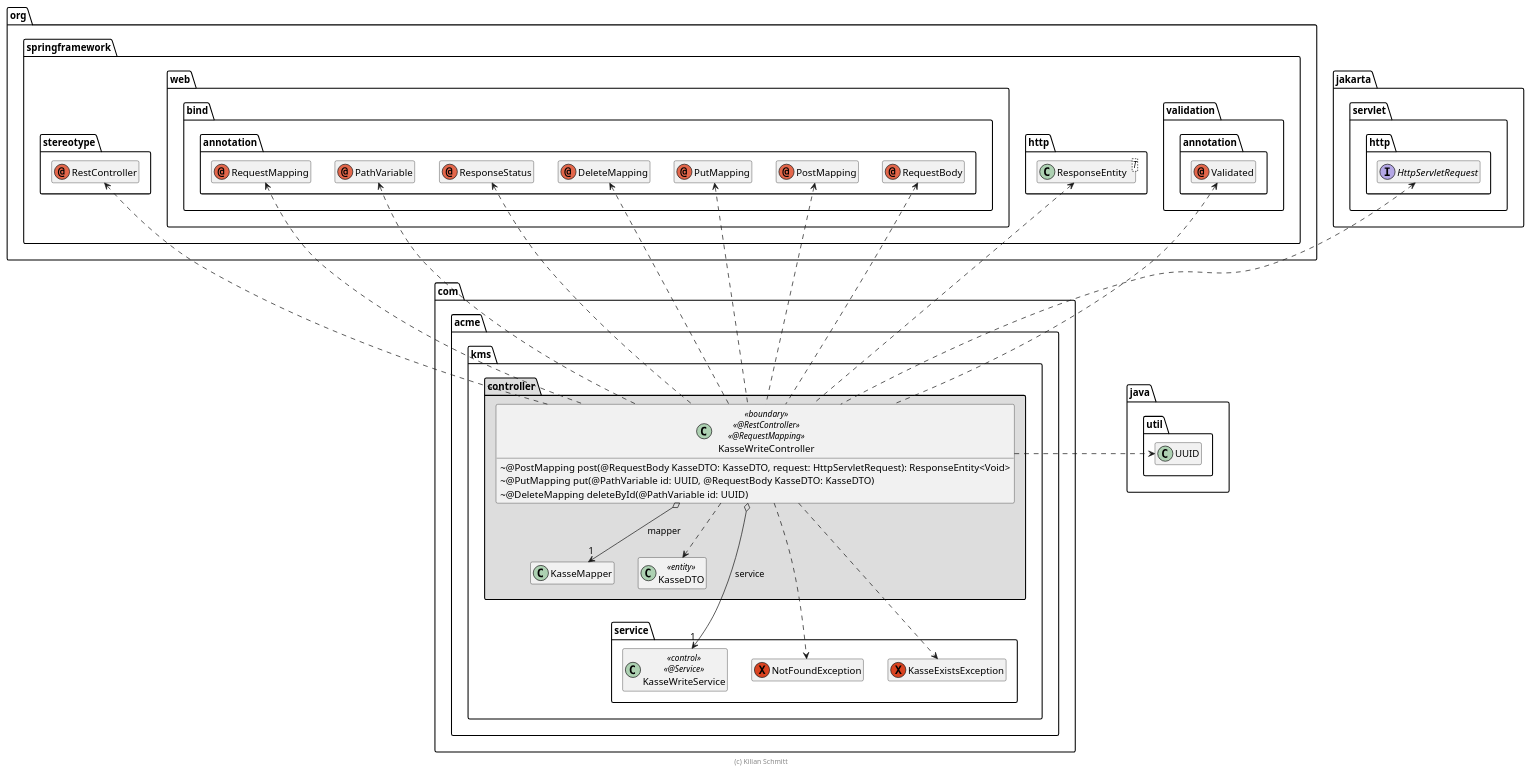
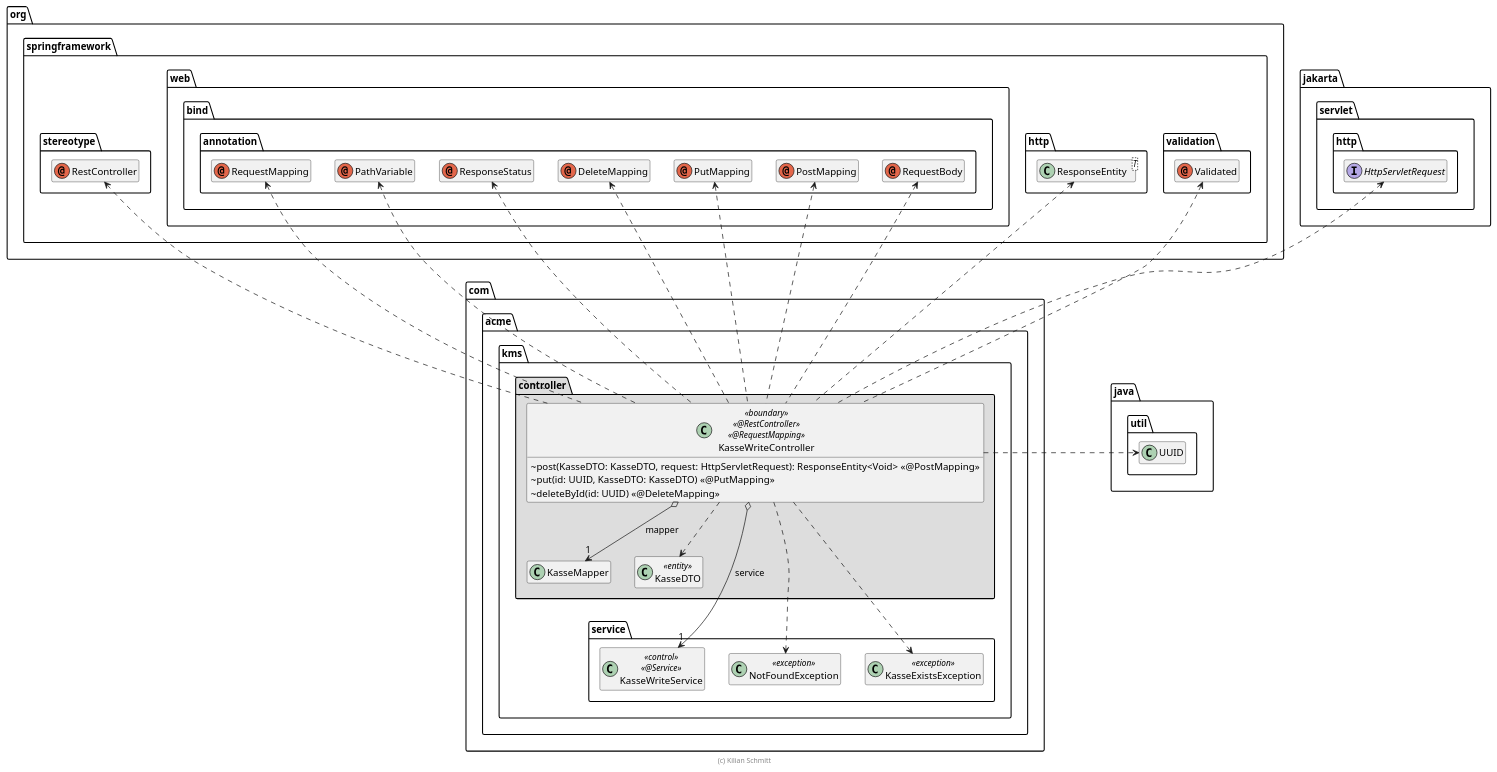
The diagram in extras/doc/KasseWriteController.plantuml (KilianSchmitt/kassen-managment-system), drawn with PlantUML before and after one commit. The commit also changed 16 other files, not shown here.

Commit message:
A1: Javadoc with UML-Diagrams working

```diff
--- a/extras/doc/KasseWriteController.plantuml
+++ b/extras/doc/KasseWriteController.plantuml
@@ -1,89 +1,89 @@
 @startuml KasseWriteController
 skinparam classAttributeIconSize 0
 
 package org.springframework {
     package stereotype {
         annotation RestController
     }
 
     package web {
         package bind {
             package annotation {
                 annotation RequestMapping
                 annotation PathVariable
                 annotation RequestBody
                 annotation PostMapping
                 annotation PutMapping
                 annotation DeleteMapping
                 annotation ResponseStatus
             }
 
             RequestMapping .right[hidden].> PathVariable
             RestController .right[hidden].> PathVariable
         }
     }
 
     package http {
-        class ResponseEntity<T>
+        class "ResponseEntity<T>" as ResponseEntity
     }
 
-    package validation.annotation {
+    package validation {
         annotation Validated
     }
 }
 
 package jakarta.servlet.http {
     interface HttpServletRequest
 }
 
 package java.util {
     class UUID
 
     UUID .up[hidden].> HttpServletRequest
 }
 
 package com.acme.kms {
     package service {
         class KasseWriteService <<control>> <<@Service>>
-        exception KasseExistsException
-        exception NotFoundException
+        class KasseExistsException <<exception>>
+        class NotFoundException <<exception>>
     }
 
     package controller #DDDDDD {
         class KasseDTO <<entity>>
 
         class KasseWriteController <<boundary>> <<@RestController>> <<@RequestMapping>> {
-            ~ @PostMapping post(@RequestBody KasseDTO: KasseDTO, request: HttpServletRequest): ResponseEntity<Void>
-            ~ @PutMapping put(@PathVariable id: UUID, @RequestBody KasseDTO: KasseDTO)
-            ~ @DeleteMapping deleteById(@PathVariable id: UUID)
+            ~ post(KasseDTO: KasseDTO, request: HttpServletRequest): ResponseEntity<Void> <<@PostMapping>>
+            ~ put(id: UUID, KasseDTO: KasseDTO) <<@PutMapping>>
+            ~ deleteById(id: UUID) <<@DeleteMapping>>
         }
 
         class KasseMapper
 
         KasseWriteController o-down-> "1" KasseWriteService : service
         KasseWriteController o-down-> "1" KasseMapper : mapper
         KasseWriteController ..> KasseDTO
         KasseWriteController ..> KasseExistsException
         KasseWriteController ..> NotFoundException
 
         KasseWriteController .up.> ResponseEntity
         KasseWriteController .left.> HttpServletRequest
         KasseWriteController .up.> RestController
         KasseWriteController .up.> RequestMapping
         KasseWriteController .up.> PathVariable
         KasseWriteController .up.> RequestBody
         KasseWriteController .up.> PostMapping
         KasseWriteController .up.> PutMapping
         KasseWriteController .up.> DeleteMapping
         KasseWriteController .up.> ResponseStatus
         KasseWriteController .up.> Validated
         KasseWriteController .right.> UUID
 
         KasseDTO .[hidden].> KasseWriteService
     }
 }
 
 hide empty members
 
 footer (c) Kilian Schmitt
 @enduml
```
